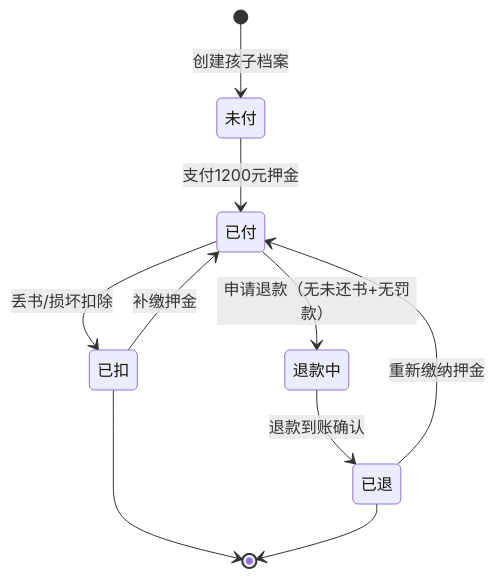
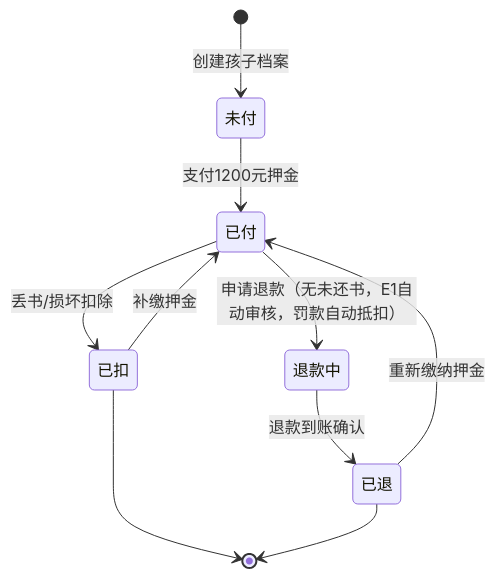
The seventh of 28 diagrams in PRD/UML-ER.md (leechunwoo0815/librio), drawn with Mermaid before and after one commit. The commit also changed other lines of this file and 11 other files, not shown here.

First line of the commit message:
docs: 决策批次14 — 全文档对齐（PRD V3.22/表结构 V3.16/配置清单 59 项/UML-ER/ARCHITECTURE/状态流转/终版报告）

````diff
--- a/PRD/UML-ER.md
+++ b/PRD/UML-ER.md
@@ -107,12 +113,12 @@
 ```mermaid
 stateDiagram-v2
     [*] --> 未付 : 创建孩子档案
     未付 --> 已付 : 支付1200元押金
-    已付 --> 退款中 : 申请退款（无未还书+无罚款）
+    已付 --> 退款中 : 申请退款（无未还书，E1自动审核，罚款自动抵扣）
     退款中 --> 已退 : 退款到账确认
     已付 --> 已扣 : 丢书/损坏扣除
     已扣 --> 已付 : 补缴押金
     已退 --> 已付 : 重新缴纳押金
     已扣 --> [*]
     已退 --> [*]
 ```
````
